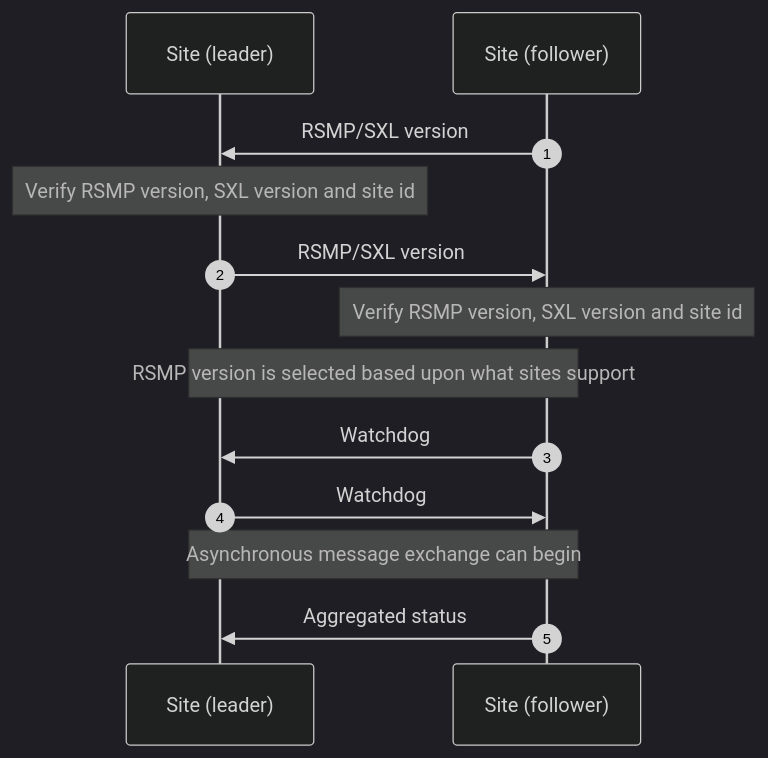
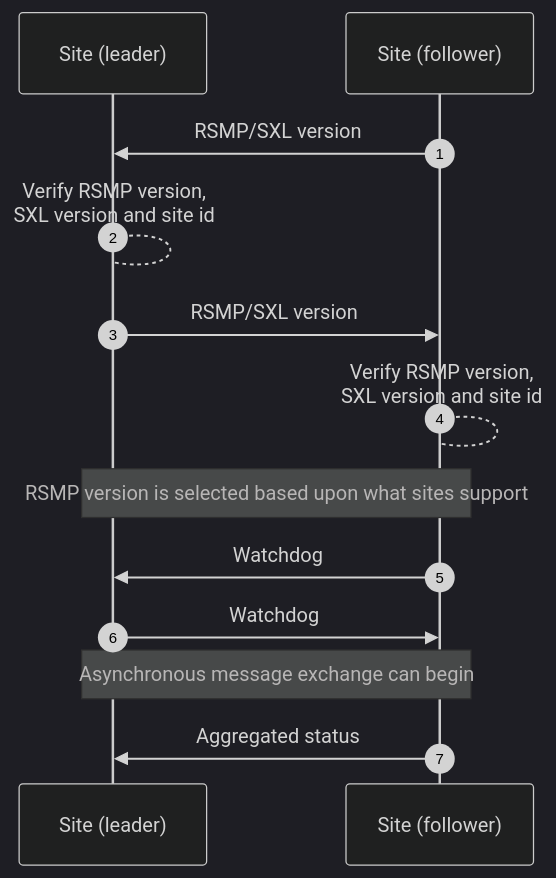
Before and after one commit to rsmp-nordic/rsmp_core: the second of 3 diagrams in source/applicability/transport_of_data.rst, drawn with Mermaid (dark theme). The commit also changed other lines of this file, not shown here.

Commit message:
Adjust numbering of each message in the handshake diagram (2)

```diff
--- a/source/applicability/transport_of_data.rst
+++ b/source/applicability/transport_of_data.rst
@@ -190,15 +190,15 @@
 .. mermaid::
 
    sequenceDiagram
      autonumber
      participant Leader as Site (leader)
      participant Follower as Site (follower)
      Follower->>Leader: RSMP/SXL version
-     Note over Leader: Verify RSMP version, SXL version and site id
+     Leader-->Leader: Verify RSMP version,<br/>SXL version and site id
      Leader->>Follower: RSMP/SXL version
-     Note over Follower: Verify RSMP version, SXL version and site id
+     Follower-->Follower: Verify RSMP version,<br/>SXL version and site id
      Note over Leader,Follower: RSMP version is selected based upon what sites support
      Follower->>Leader: Watchdog
      Leader->>Follower: Watchdog
      Note over Leader,Follower: Asynchronous message exchange can begin
      Follower->>Leader: Aggregated status
```
